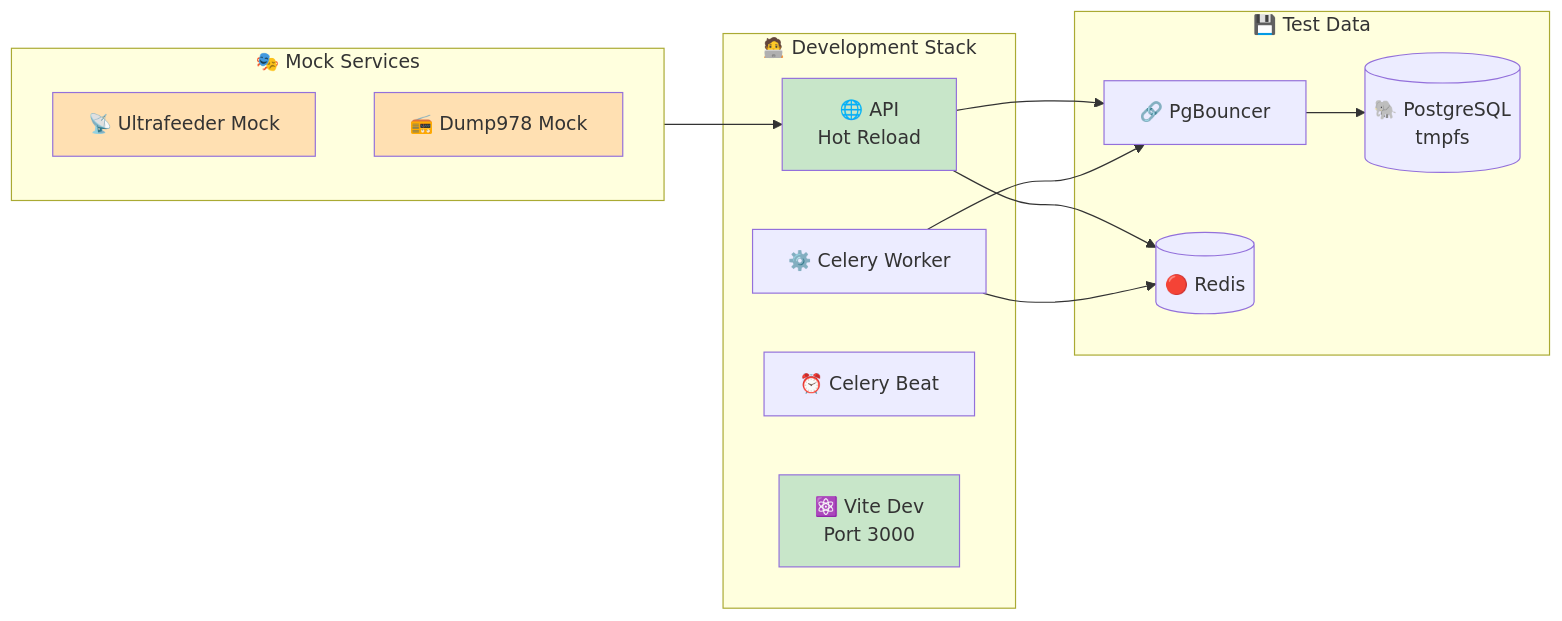
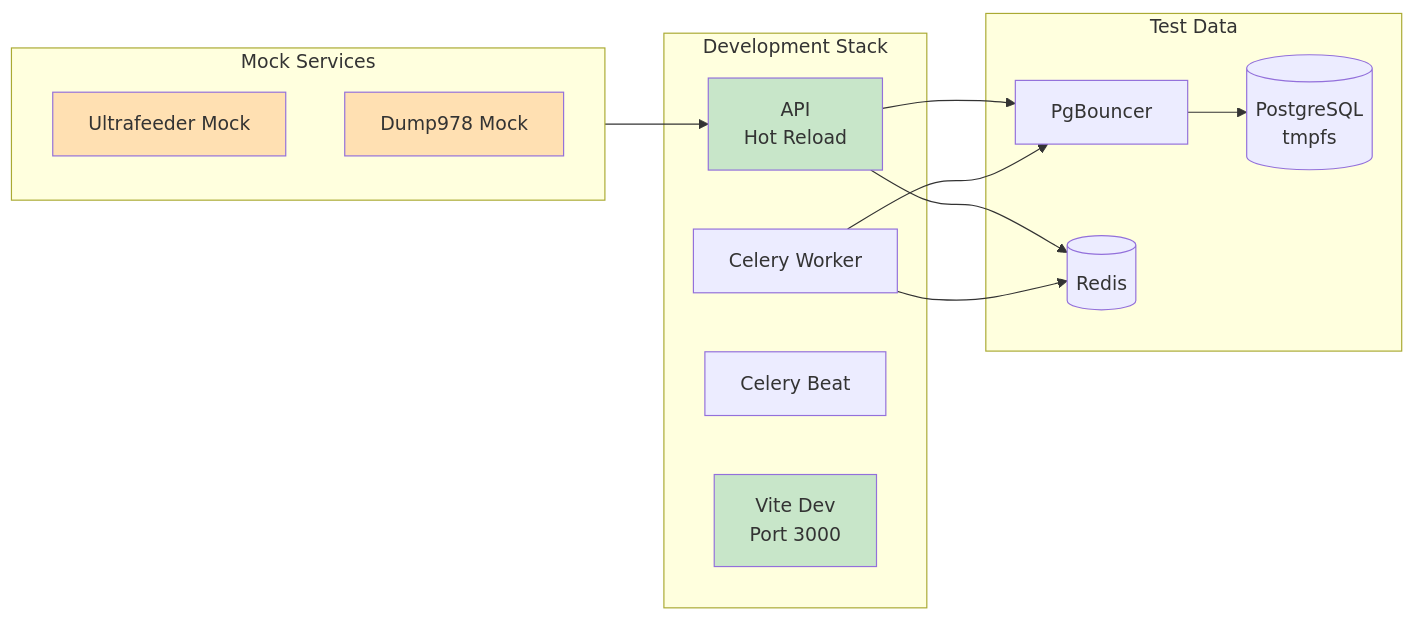
The second of 5 diagrams in docs/operations/deployment.md (CHA0S-CORP/SkySpyDocs), drawn with Mermaid before and after one commit. The commit also changed other lines of this file, not shown here.

````diff
--- a/docs/operations/deployment.md
+++ b/docs/operations/deployment.md
@@ -317,32 +205,32 @@
 ```mermaid
 flowchart LR
-    subgraph Dev["🧑‍💻 Development Stack"]
-        API[🌐 API<br/>Hot Reload]
-        WORKER[⚙️ Celery Worker]
-        BEAT[⏰ Celery Beat]
-        VITE[⚛️ Vite Dev<br/>Port 3000]
+    subgraph Dev["Development Stack"]
+        API[API<br/>Hot Reload]
+        WORKER[Celery Worker]
+        BEAT[Celery Beat]
+        VITE[Vite Dev<br/>Port 3000]
     end
 
-    subgraph Mock["🎭 Mock Services"]
-        UF[📡 Ultrafeeder Mock]
-        D978[📻 Dump978 Mock]
+    subgraph Mock["Mock Services"]
+        UF[Ultrafeeder Mock]
+        D978[Dump978 Mock]
     end
 
-    subgraph Data["💾 Test Data"]
-        PG[(🐘 PostgreSQL<br/>tmpfs)]
-        PGBOUNCER[🔗 PgBouncer]
-        REDIS[(🔴 Redis)]
+    subgraph Data["Test Data"]
+        PG[(PostgreSQL<br/>tmpfs)]
+        PGBOUNCER[PgBouncer]
+        REDIS[(Redis)]
     end
 
     Mock --> API
     API --> PGBOUNCER
     PGBOUNCER --> PG
     API --> REDIS
     WORKER --> REDIS
     WORKER --> PGBOUNCER
 
     style API fill:#c8e6c9
     style VITE fill:#c8e6c9
     style UF fill:#ffe0b2
     style D978 fill:#ffe0b2
 ```
````
